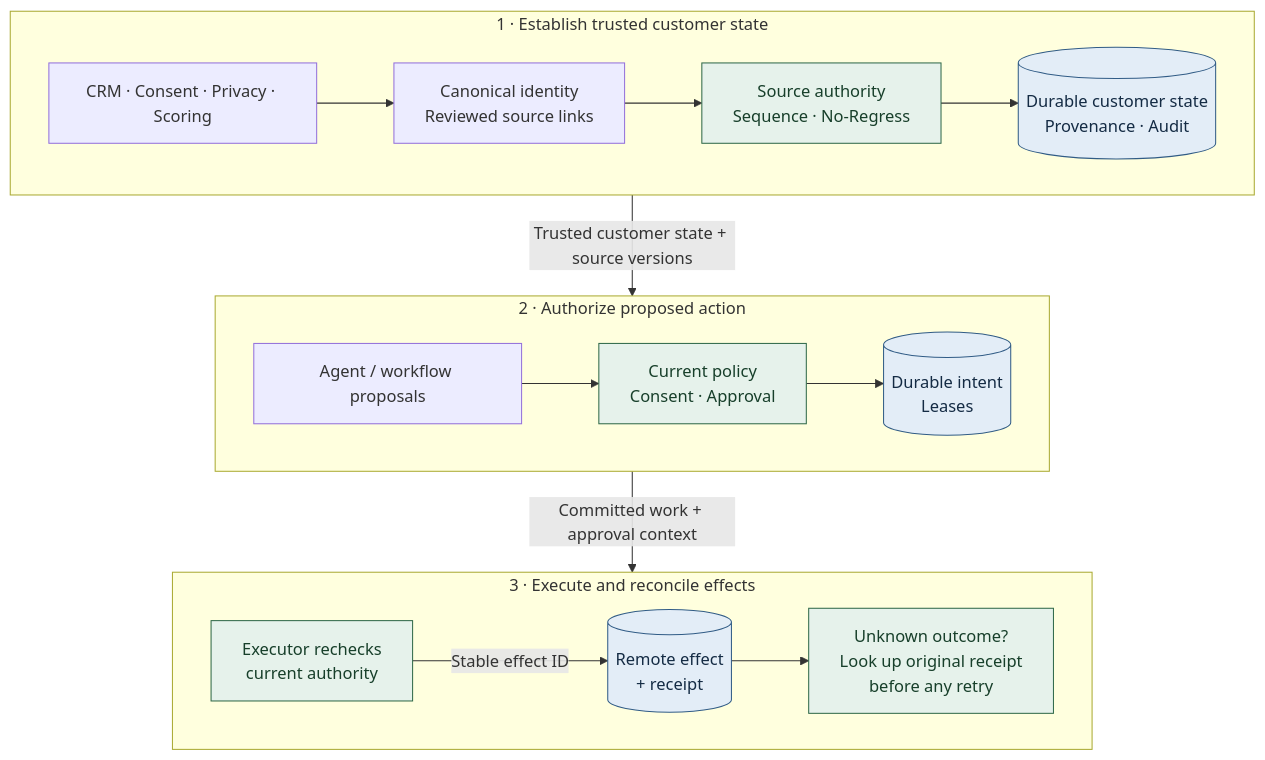
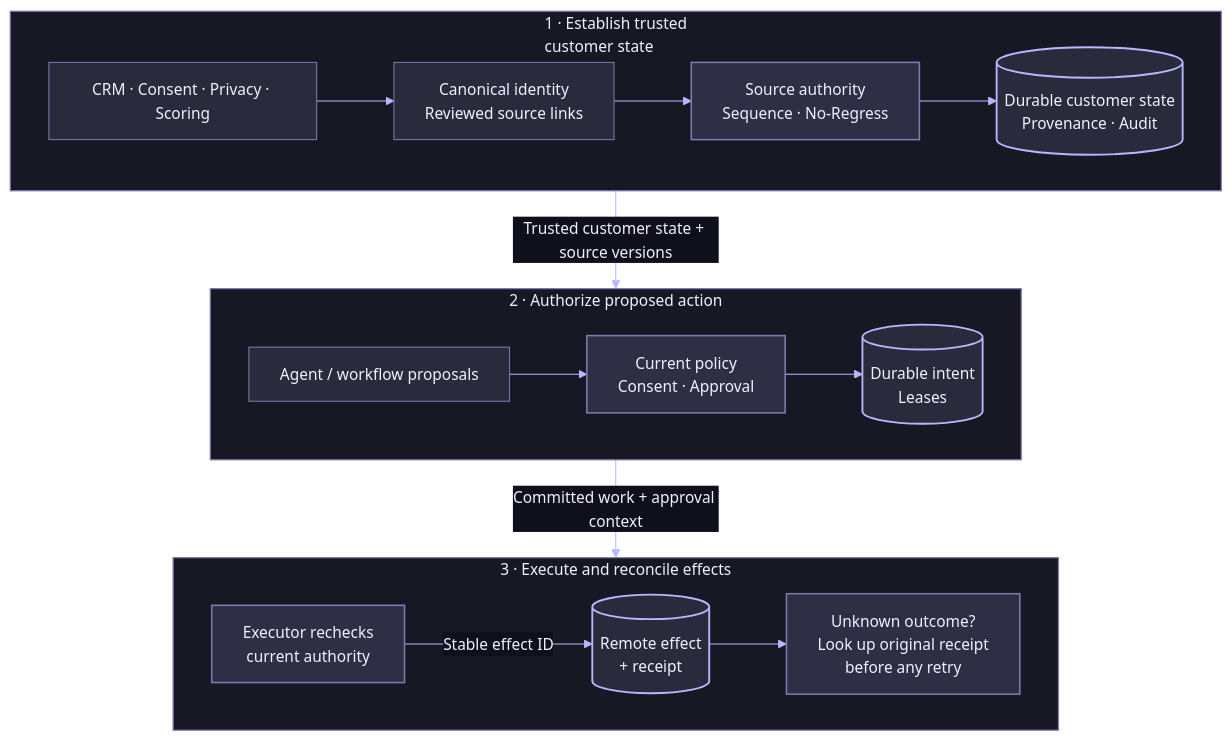
The diagram in docs/diagrams/01-control-plane.mmd (rlbsem/enterprise-martech-ai-control-plane), drawn with Mermaid before and after one commit. The commit also changed 17 other files, not shown here.

First line of the commit message:
Brand architecture diagrams with Groundbreakers visual system (#3)

```diff
--- a/docs/diagrams/01-control-plane.mmd
+++ b/docs/diagrams/01-control-plane.mmd
@@ -1,23 +1,27 @@
+%%{init: {"theme":"base","themeVariables":{"background":"#10101D","primaryColor":"#2A2A3D","primaryTextColor":"#F0F0FF","primaryBorderColor":"#7C7CAF","lineColor":"#B8B8FF","textColor":"#F0F0FF","secondaryColor":"#181825","tertiaryColor":"#2E2E45","fontFamily":"IBM Plex Sans, Arial, sans-serif","fontSize":"15px","edgeLabelBackground":"#10101D"}}}%%
 flowchart TB
-  subgraph TRUST["1 · Establish trusted customer state"]
+  subgraph TRUST["1 · Establish trusted<br/>customer state"]
     direction LR
     Sources["CRM · Consent · Privacy · Scoring"] --> Identity["Canonical identity<br/>Reviewed source links"]
     Identity --> Truth["Source authority<br/>Sequence · No-Regress"]
     Truth --> State[("Durable customer state<br/>Provenance · Audit")]
   end
   subgraph GOVERN["2 · Authorize proposed action"]
     direction LR
     Agent["Agent / workflow proposals"] --> Gate["Current policy<br/>Consent · Approval"]
     Gate --> Work[("Durable intent<br/>Leases")]
   end
   subgraph EXEC["3 · Execute and reconcile effects"]
     direction LR
     Worker["Executor rechecks<br/>current authority"] -->|"Stable effect ID"| Effects[("Remote effect<br/>+ receipt")]
     Effects --> Reconcile["Unknown outcome?<br/>Look up original receipt<br/>before any retry"]
   end
   TRUST -->|"Trusted customer state + source versions"| GOVERN
   GOVERN -->|"Committed work + approval context"| EXEC
-  classDef durable fill:#e3edf7,stroke:#315c86,color:#142b44
-  classDef control fill:#e6f2eb,stroke:#306949,color:#173f2a
+  classDef durable fill:#2A2A3D,stroke:#B8B8FF,color:#F0F0FF,stroke-width:1.8px
+  classDef control fill:#2E2E45,stroke:#7C7CAF,color:#F0F0FF,stroke-width:1.5px
   class State,Work,Effects durable
   class Truth,Gate,Worker,Reconcile control
+  style TRUST fill:#181825,stroke:#7C7CAF,color:#F0F0FF,stroke-width:1.2px
+  style GOVERN fill:#181825,stroke:#7C7CAF,color:#F0F0FF,stroke-width:1.2px
+  style EXEC fill:#181825,stroke:#7C7CAF,color:#F0F0FF,stroke-width:1.2px
```
